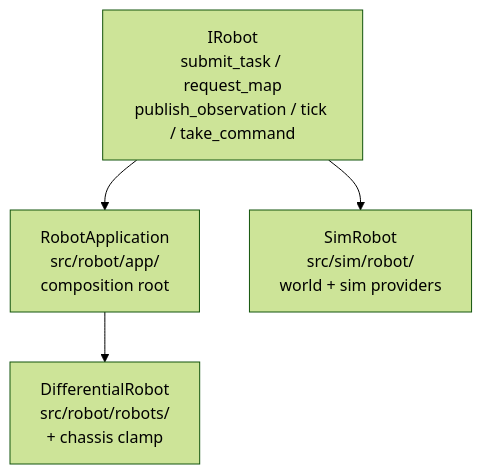
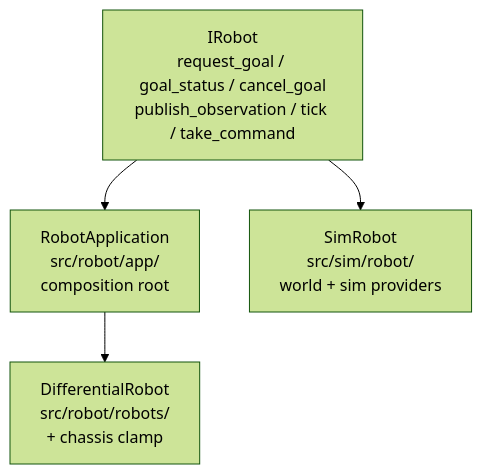
One commit to Robin-1978/lost-signal changed the first of 2 diagrams in docs/interfaces.md. Above: the diagram before and after it, drawn with Mermaid (forest theme). The commit also changed other lines of this file and 49 other files, not shown here.

Commit message:
feat: global relocalization, pose-graph SLAM, MRE validator, async goals, conformance gate, chassis plugins

````diff
--- a/docs/interfaces.md
+++ b/docs/interfaces.md
@@ -11,10 +11,10 @@
 ```mermaid
 flowchart TB
-  IRobot["IRobot<br/>submit_task / request_map<br/>publish_observation / tick / take_command"]
+  IRobot["IRobot<br/>request_goal / goal_status / cancel_goal<br/>publish_observation / tick / take_command"]
   App["RobotApplication<br/>src/robot/app/<br/>composition root"]
   Diff["DifferentialRobot<br/>src/robot/robots/<br/>+ chassis clamp"]
   SimR["SimRobot<br/>src/sim/robot/<br/>world + sim providers"]
   IRobot --> App
   App --> Diff
   IRobot --> SimR
 ```
````
